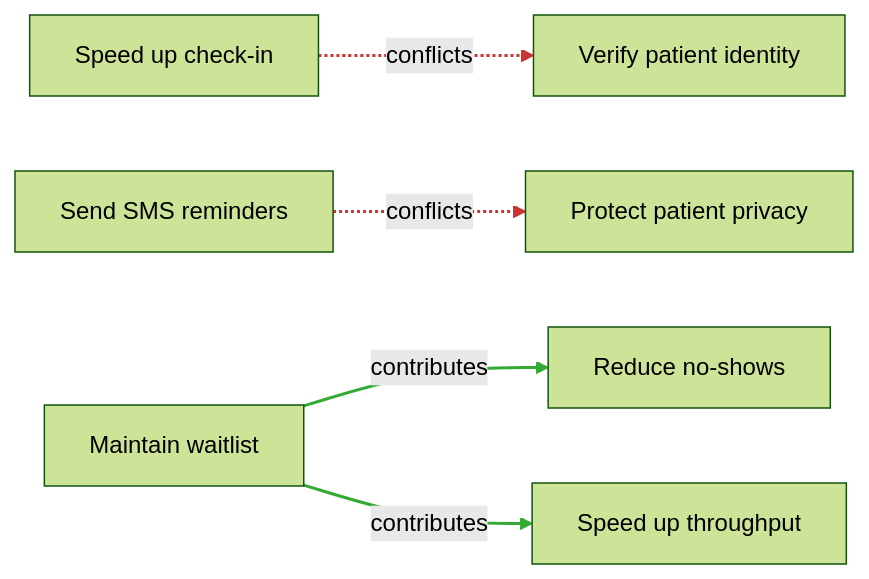
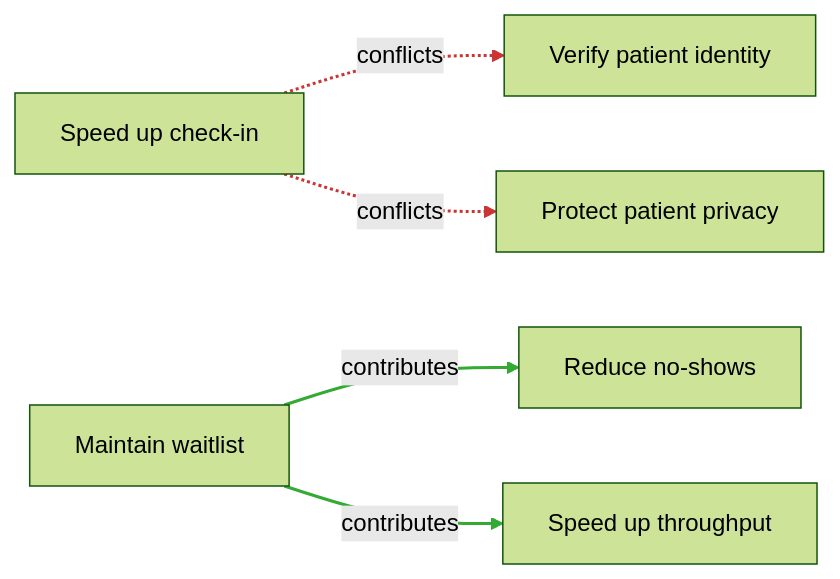
Before and after one commit to vrthra/open-swe-book: the fifth of 6 diagrams in chapters/03-user-requirements/README.md, drawn with Mermaid (forest theme). The commit also changed other lines of this file and 110 other files, not shown here.

````diff
--- a/chapters/03-user-requirements/README.md
+++ b/chapters/03-user-requirements/README.md
@@ -855,9 +855,9 @@
 ```mermaid
 flowchart LR
     A[Speed up check-in] -. conflicts .-> B[Verify patient identity]
-    C[Send SMS reminders] -. conflicts .-> D[Protect patient privacy]
+    A -. conflicts .-> D[Protect patient privacy]
     E[Maintain waitlist] == contributes ==> F[Reduce no-shows]
     E == contributes ==> G[Speed up throughput]
     linkStyle 0,1 stroke:#c33,stroke-width:2px;
     linkStyle 2,3 stroke:#3a3,stroke-width:2px;
 ```
````
